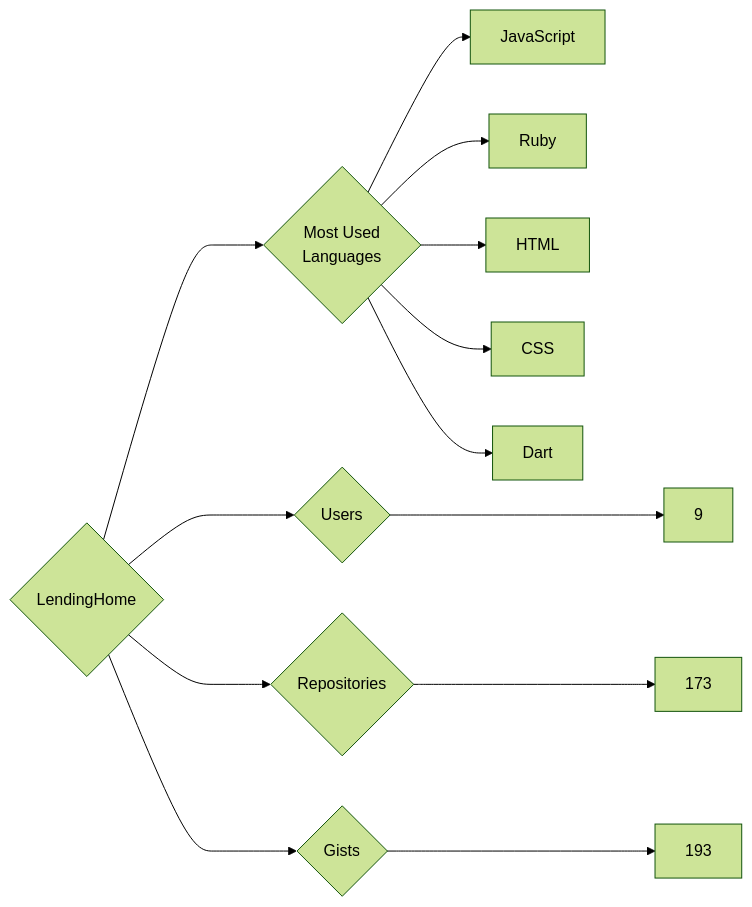
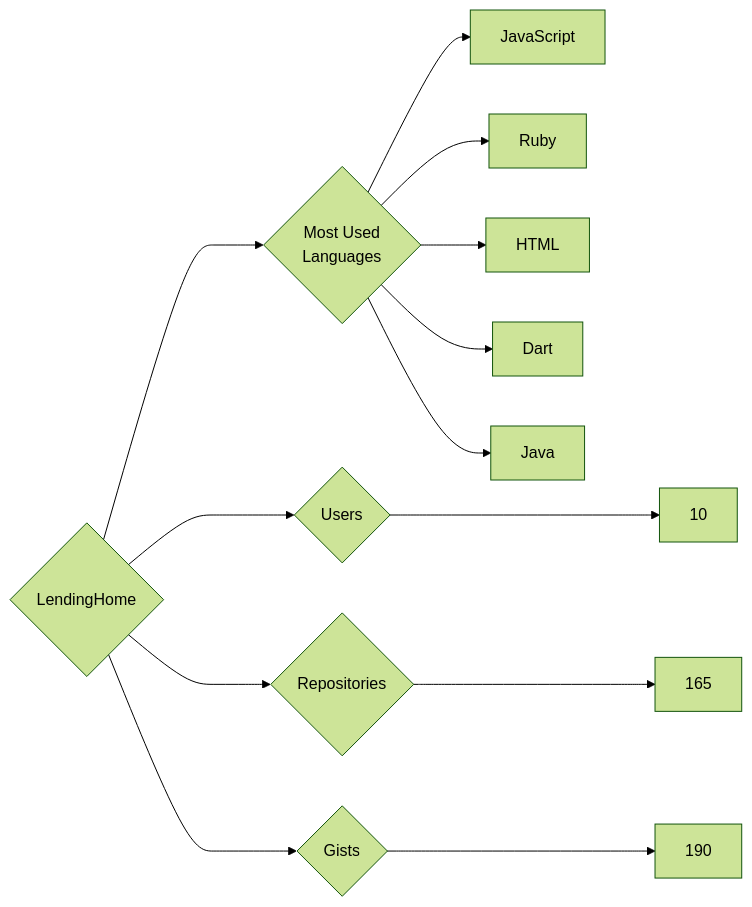
The diagram in targets/LendingHome/README.md (trickest/insiders), drawn with Mermaid (forest theme) before and after one commit. The commit also changed 932 other files, not shown here.

````diff
--- a/targets/LendingHome/README.md
+++ b/targets/LendingHome/README.md
@@ -3,13 +3,13 @@
 ```mermaid
 graph LR
 COMPANY_NAME{LendingHome}
-COMPANY_NAME ---> U{Users} ---> UN[9]
-COMPANY_NAME ---> R{Repositories} ---> RN[173]
-COMPANY_NAME ---> G{Gists} ---> GN[193]
+COMPANY_NAME ---> U{Users} ---> UN[10]
+COMPANY_NAME ---> R{Repositories} ---> RN[165]
+COMPANY_NAME ---> G{Gists} ---> GN[190]
 COMPANY_NAME ---> ML{Most Used<br>Languages}
 ML --> JavaScript[JavaScript]
 ML --> Ruby[Ruby]
 ML --> HTML[HTML]
-ML --> CSS[CSS]
 ML --> Dart[Dart]
+ML --> Java[Java]
 ```
````
